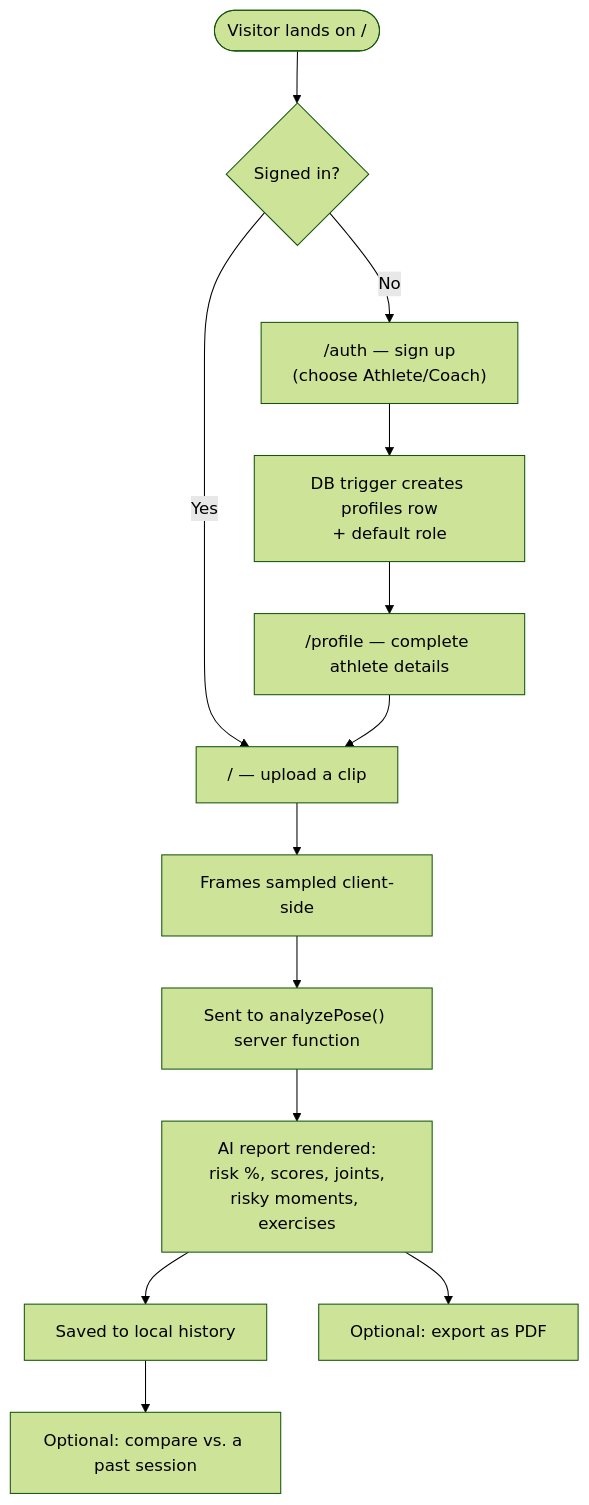
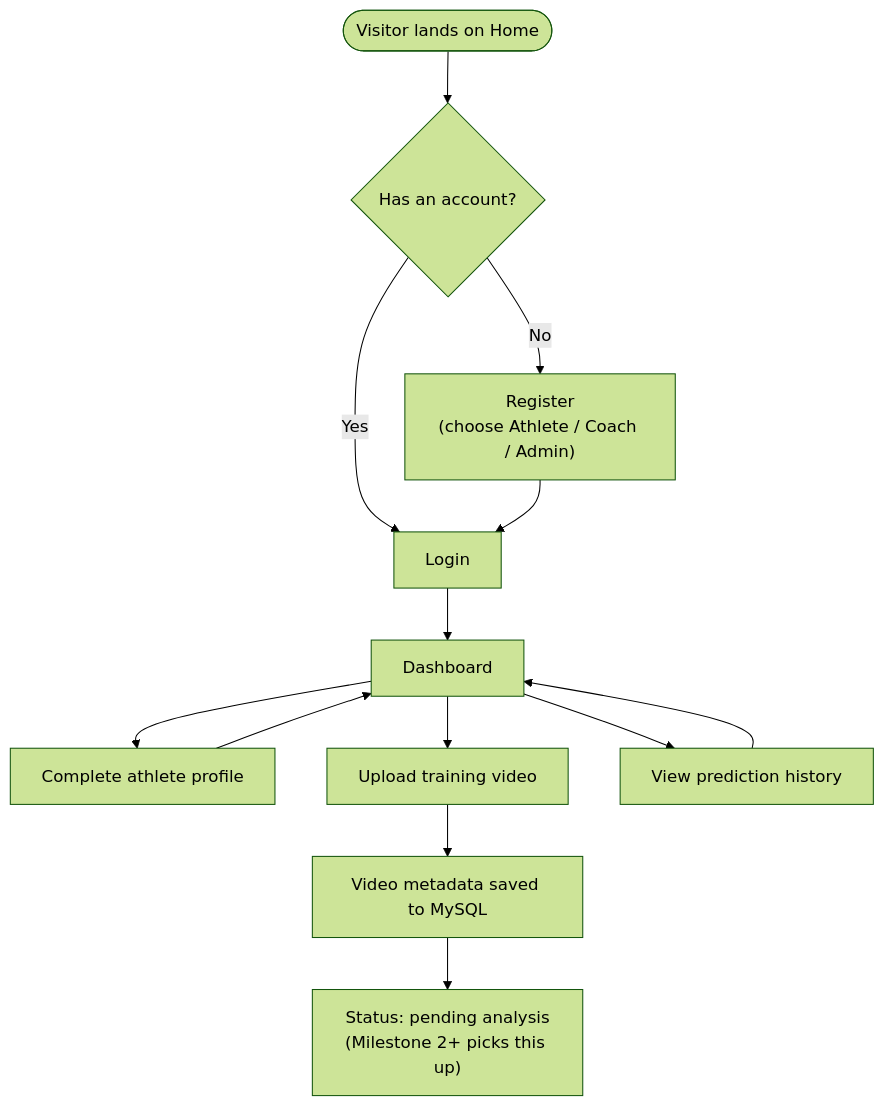
The first of 2 diagrams in architecture/user-flow.md (Pratiksha3105/Sports_Injury_Detection), drawn with Mermaid (forest theme) before and after one commit. The commit also changed other lines of this file and 98 other files, not shown here.

Commit message:
Complete Milestone 2 implementation

````diff
--- a/architecture/user-flow.md
+++ b/architecture/user-flow.md
@@ -3,18 +3,19 @@
 ```mermaid
 flowchart TD
-    Start(["Visitor lands on /"]) --> HasAccount{"Signed in?"}
-    HasAccount -- No --> Auth["/auth — sign up<br/>(choose Athlete/Coach)"]
-    HasAccount -- Yes --> Analyze
+    Start(["Visitor lands on Home"]) --> Choice{"Has an account?"}
+    Choice -- No --> Register["Register<br/>(choose Athlete / Coach / Admin)"]
+    Choice -- Yes --> Login["Login"]
 
-    Auth --> Trigger["DB trigger creates profiles row<br/>+ default role"]
-    Trigger --> Profile["/profile — complete athlete details"]
-    Profile --> Analyze["/ — upload a clip"]
+    Register --> Login
+    Login --> Dashboard["Dashboard"]
 
-    Analyze --> Extract["Frames sampled client-side"]
-    Extract --> Send["Sent to analyzePose() server function"]
-    Send --> AIReport["AI report rendered:<br/>risk %, scores, joints,<br/>risky moments, exercises"]
+    Dashboard --> Profile["Complete athlete profile"]
+    Dashboard --> Upload["Upload training video"]
+    Dashboard --> History["View prediction history"]
 
-    AIReport --> SaveHistory["Saved to local history"]
-    AIReport --> ExportPDF["Optional: export as PDF"]
-    SaveHistory --> Compare["Optional: compare vs. a past session"]
+    Upload --> Registered["Video metadata saved to MySQL"]
+    Registered --> Pending["Status: pending analysis<br/>(Milestone 2+ picks this up)"]
+
+    Profile --> Dashboard
+    History --> Dashboard
 ```
````
